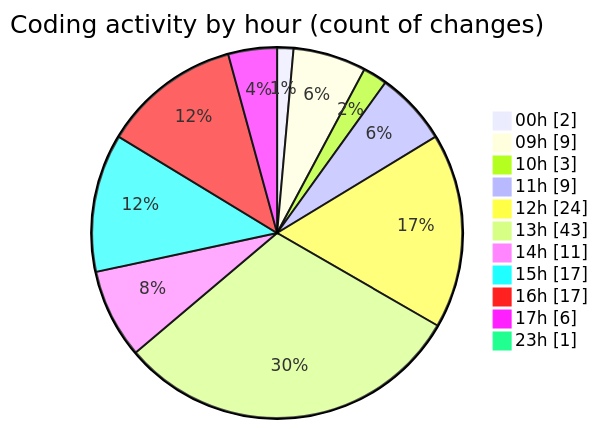
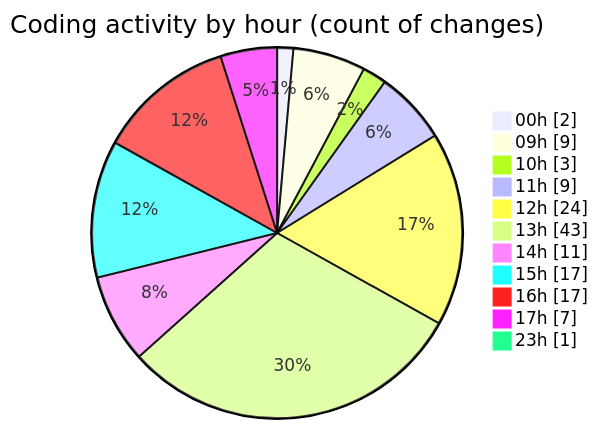
The second of 2 diagrams in 2025-07-29/cda/README.md (momahboobian/code-tracking), drawn with Mermaid before and after one commit. The commit also changed other lines of this file and 1 other file, not shown here.

````diff
--- a/2025-07-29/cda/README.md
+++ b/2025-07-29/cda/README.md
@@ -40,15 +40,15 @@
 ```mermaid
 pie showData
 title Coding activity by hour (count of changes)
 "00h" : 2
 "09h" : 9
 "10h" : 3
 "11h" : 9
 "12h" : 24
 "13h" : 43
 "14h" : 11
 "15h" : 17
 "16h" : 17
-"17h" : 6
+"17h" : 7
 "23h" : 1
 ```
````
